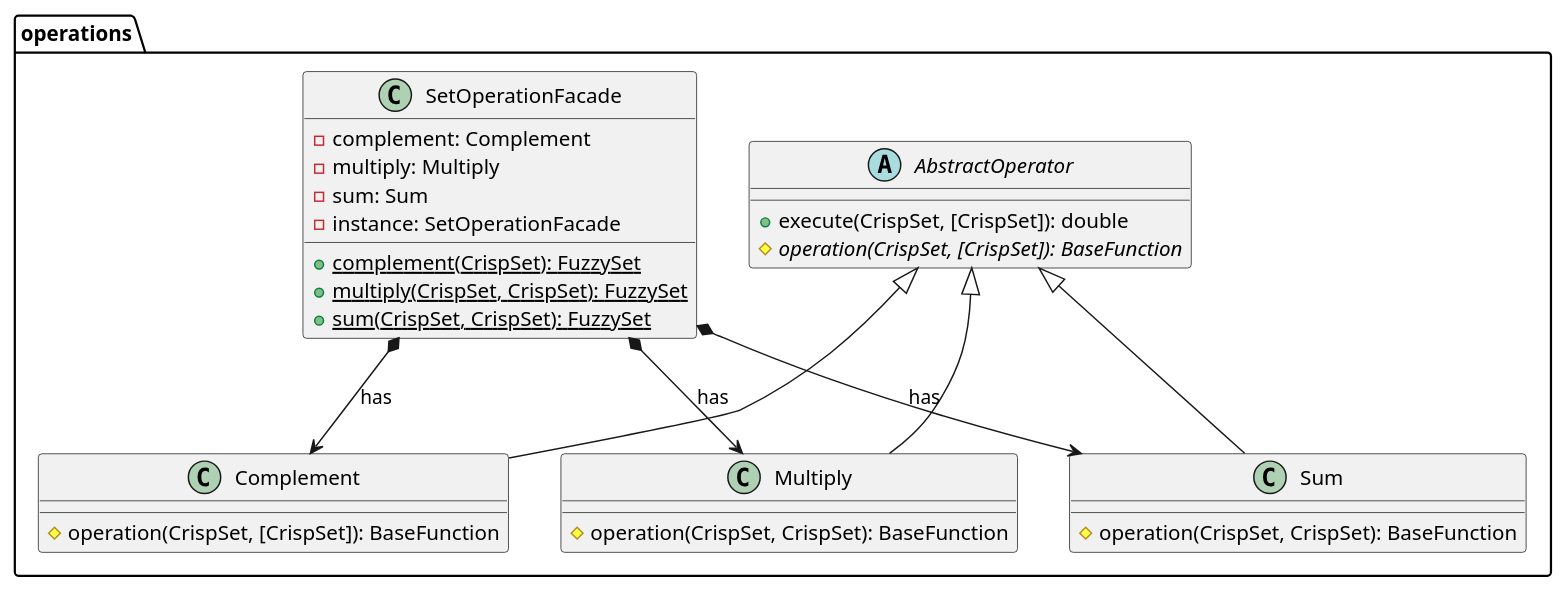
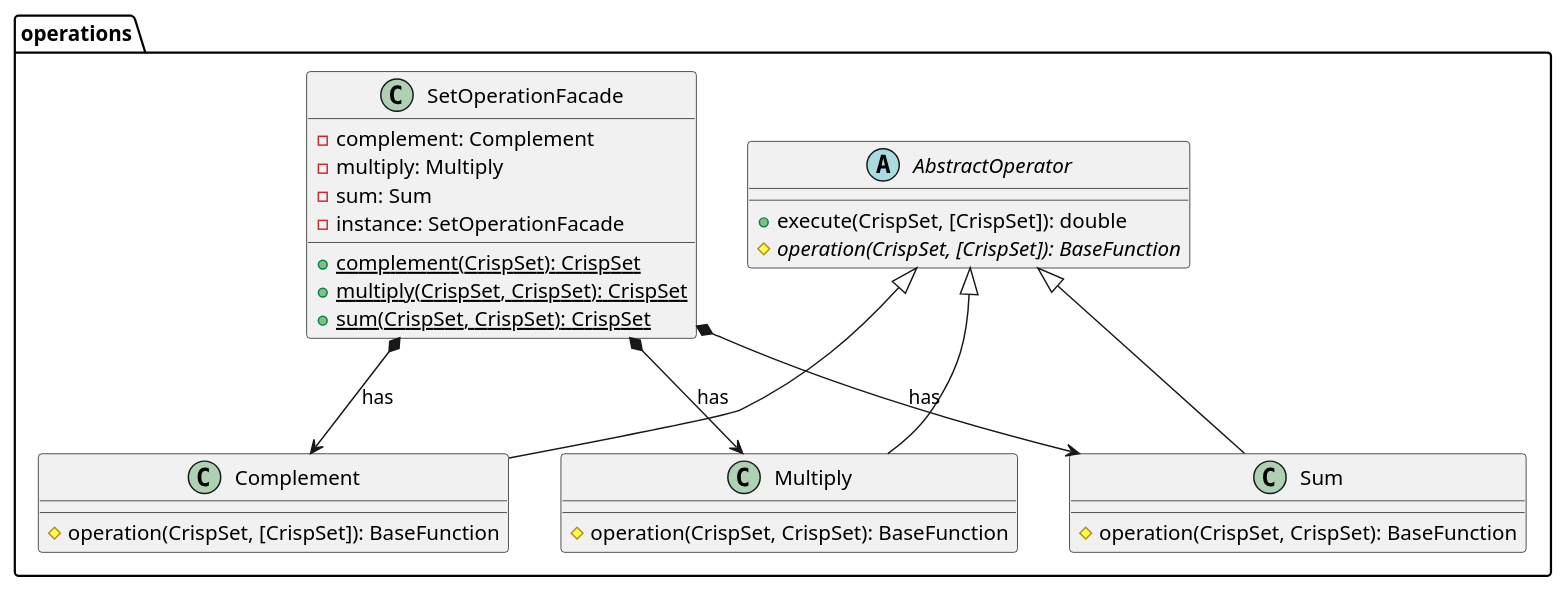
One commit to kambed/Computer-Recognition-Systems changed the fifth of 6 diagrams in task2/README.md. Above: the diagram before and after it, drawn with PlantUML. The commit also changed other lines of this file, not shown here.

````diff
--- a/task2/README.md
+++ b/task2/README.md
@@ -145,30 +145,30 @@
 ```plantuml
 package operations {
     abstract class AbstractOperator {
         + execute(CrispSet, [CrispSet]): double
         # {abstract} operation(CrispSet, [CrispSet]): BaseFunction
     }
     class Complement extends AbstractOperator {
         # operation(CrispSet, [CrispSet]): BaseFunction
     }
     class Multiply extends AbstractOperator {
         # operation(CrispSet, CrispSet): BaseFunction
     }
     class Sum extends AbstractOperator {
         # operation(CrispSet, CrispSet): BaseFunction
     }
     
     class SetOperationFacade {
         - complement: Complement
         - multiply: Multiply
         - sum: Sum
         - instance: SetOperationFacade
-        + {static} complement(CrispSet): FuzzySet
-        + {static} multiply(CrispSet, CrispSet): FuzzySet
-        + {static} sum(CrispSet, CrispSet): FuzzySet
+        + {static} complement(CrispSet): CrispSet
+        + {static} multiply(CrispSet, CrispSet): CrispSet
+        + {static} sum(CrispSet, CrispSet): CrispSet
     }
     SetOperationFacade *--> Complement: has
     SetOperationFacade *--> Multiply: has
     SetOperationFacade *--> Sum: has
 }
 ```
````
